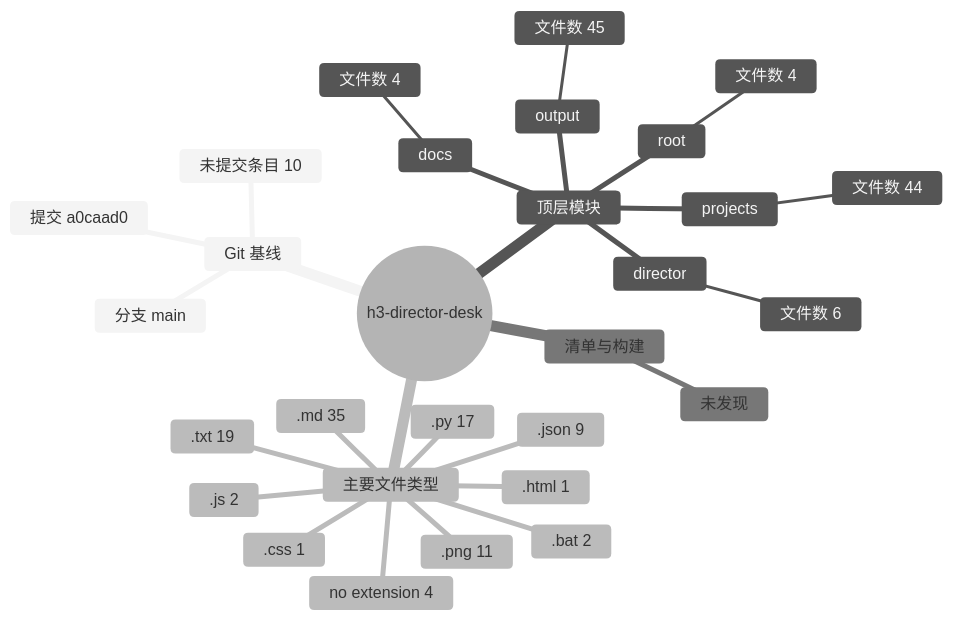
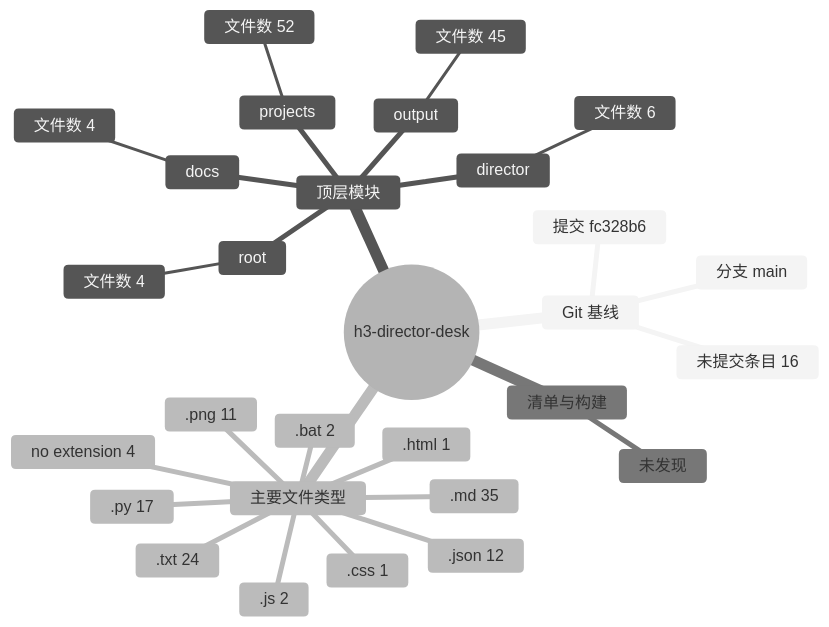
The diagram in docs/project-evolution/mindmaps/repository-structure.md (Exalex/h3-director-desk), drawn with Mermaid (neutral theme) before and after one commit. The commit also changed 23 other files, not shown here.

````diff
--- a/docs/project-evolution/mindmaps/repository-structure.md
+++ b/docs/project-evolution/mindmaps/repository-structure.md
@@ -5,32 +5,32 @@
 ```mermaid
 mindmap
   root((h3-director-desk))
     Git 基线
       分支 main
-      提交 a0caad0
-      未提交条目 10
+      提交 fc328b6
+      未提交条目 16
     顶层模块
+      projects
+        文件数 52
       output
         文件数 45
-      projects
-        文件数 44
       director
         文件数 6
       root
         文件数 4
       docs
         文件数 4
     主要文件类型
       .md 35
-      .txt 19
+      .txt 24
       .py 17
+      .json 12
       .png 11
-      .json 9
       no extension 4
       .bat 2
       .js 2
       .html 1
       .css 1
     清单与构建
       未发现
 ```
````
